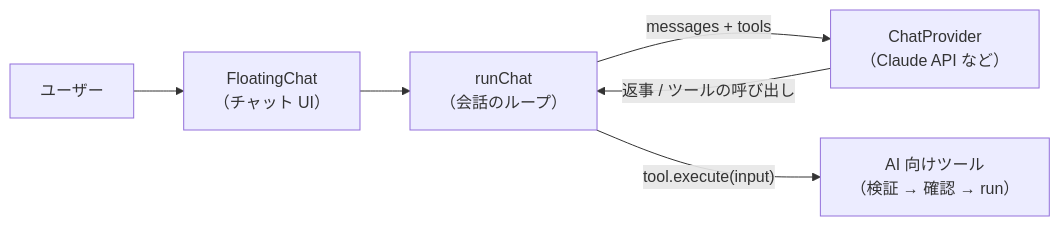
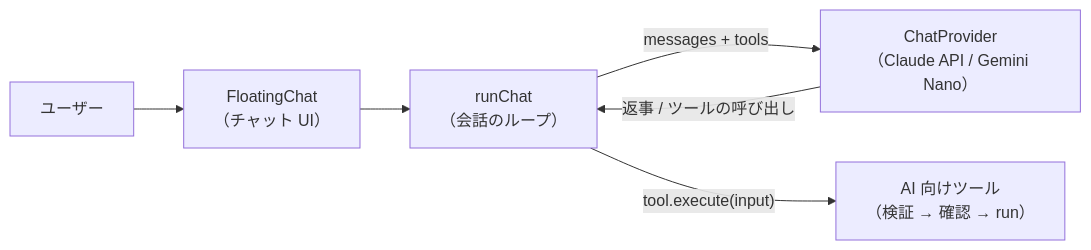
One commit to fujibayashi-ast/ai-friendly changed the diagram in docs/assistant.md. Above: the diagram before and after it, drawn with Mermaid. The commit also changed other lines of this file and 22 other files, not shown here.

First line of the commit message:
feat: チャットで Claude / Gemini Nano を切り替えられるようにする (#33)

````diff
--- a/docs/assistant.md
+++ b/docs/assistant.md
@@ -5,8 +5,8 @@
 ```mermaid
 flowchart LR
   User["ユーザー"] --> Chat["FloatingChat<br>（チャット UI）"]
   Chat --> Loop["runChat<br>（会話のループ）"]
-  Loop -- "messages + tools" --> Provider["ChatProvider<br>（Claude API など）"]
+  Loop -- "messages + tools" --> Provider["ChatProvider<br>（Claude API / Gemini Nano）"]
   Provider -- "返事 / ツールの呼び出し" --> Loop
   Loop -- "tool.execute(input)" --> Tools["AI 向けツール<br>（検証 → 確認 → run）"]
 ```
````
